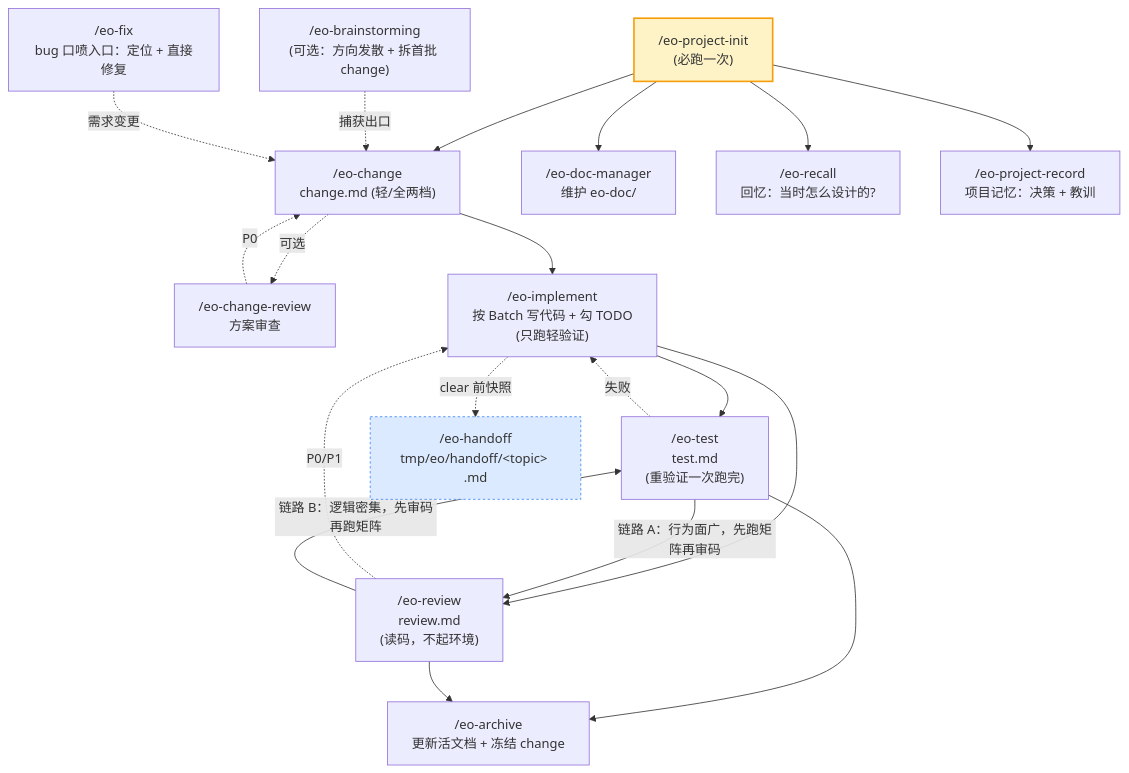
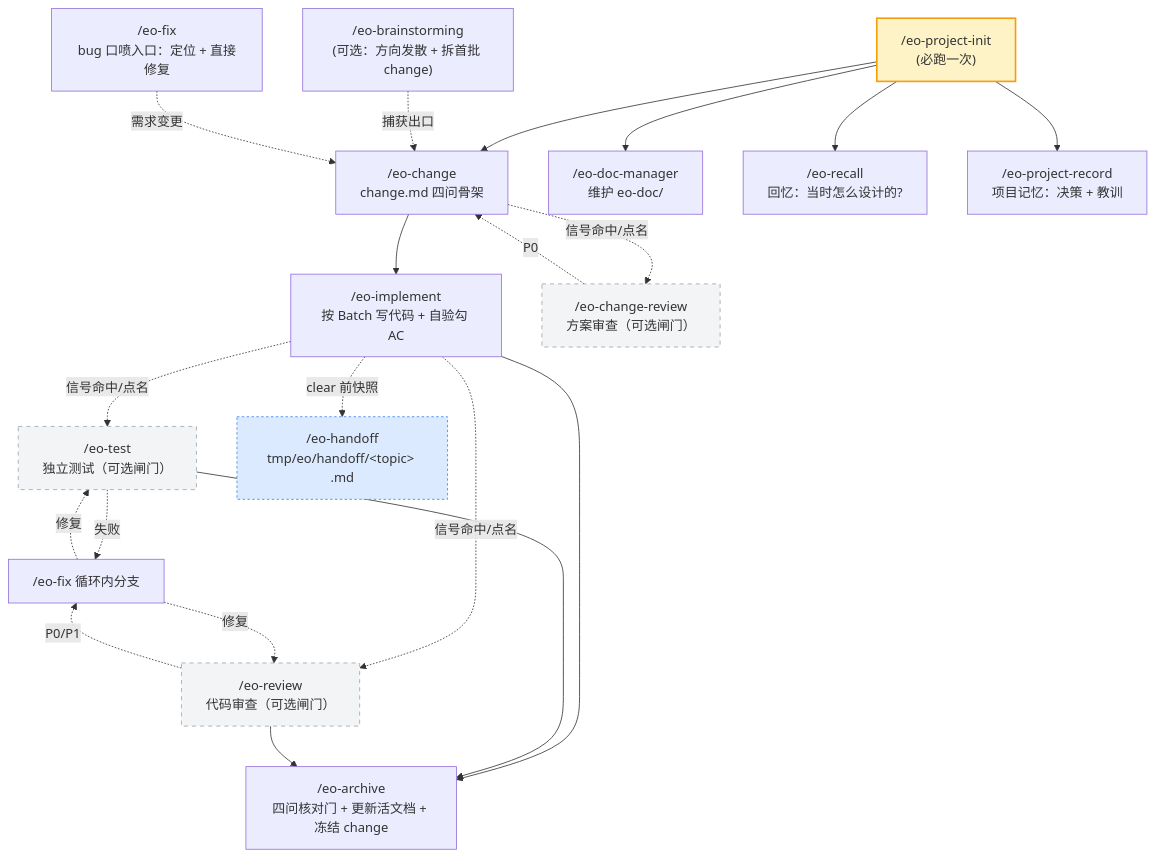
One commit to SimpleEve/eo-skills changed the diagram in README.md. Above: the diagram before and after it, drawn with Mermaid. The commit also changed other lines of this file and 21 other files, not shown here.

First line of the commit message:
v3 重构：默认信任三站主路（change→implement→archive）+ 风险信号触发可选闸门

````diff
--- a/README.md
+++ b/README.md
@@ -103,28 +103,29 @@
 ```mermaid
 flowchart TD
     Init["/eo-project-init<br/>(必跑一次)"]:::entry --> Change
-    Brain["/eo-brainstorming<br/>(可选：方向发散 + 拆首批 change)"] -.捕获出口.-> Change["/eo-change<br/>change.md (轻/全两档)"]
-    Change -.可选.-> CR["/eo-change-review<br/>方案审查"]
+    Brain["/eo-brainstorming<br/>(可选：方向发散 + 拆首批 change)"] -.捕获出口.-> Change["/eo-change<br/>change.md 四问骨架"]
+    Change --> Imp["/eo-implement<br/>按 Batch 写代码 + 自验勾 AC"]
+    Imp --> Arch["/eo-archive<br/>四问核对门 + 更新活文档 + 冻结 change"]
+
+    Change -.信号命中/点名.-> CR["/eo-change-review<br/>方案审查（可选闸门）"]:::gate
     CR -.P0.-> Change
-    Change --> Imp["/eo-implement<br/>按 Batch 写代码 + 勾 TODO<br/>(只跑轻验证)"]
-    Imp --> Test["/eo-test<br/>test.md<br/>(重验证一次跑完)"]
-    Imp --> Rev["/eo-review<br/>review.md<br/>(读码，不起环境)"]
-    Test -.失败.-> Imp
-    Rev -.P0/P1.-> Imp
-    Test -->|链路 A：行为面广，先跑矩阵再审码| Rev
-    Rev -->|链路 B：逻辑密集，先审码再跑矩阵| Test
-    Test --> Arch["/eo-archive<br/>更新活文档 + 冻结 change"]
+    Imp -.信号命中/点名.-> Test["/eo-test<br/>独立测试（可选闸门）"]:::gate
+    Imp -.信号命中/点名.-> Rev["/eo-review<br/>代码审查（可选闸门）"]:::gate
+    Test -.失败.-> Fix2["/eo-fix 循环内分支"] -.修复.-> Test
+    Rev -.P0/P1.-> Fix2 -.修复.-> Rev
+    Test --> Arch
     Rev --> Arch
 
     Fix["/eo-fix<br/>bug 口喷入口：定位 + 直接修复"] -.需求变更.-> Change
 
 
     Init --> Doc["/eo-doc-manager<br/>维护 eo-doc/"]
     Init --> Rec["/eo-recall<br/>回忆：当时怎么设计的?"]
     Init --> PRec["/eo-project-record<br/>项目记忆：决策 + 教训"]
 
     Imp -.clear 前快照.-> Hand["/eo-handoff<br/>tmp/eo/handoff/&lt;topic&gt; .md"]:::cross
 
     classDef entry fill:#fef3c7,stroke:#f59e0b,stroke-width:2px
     classDef cross fill:#dbeafe,stroke:#3b82f6,stroke-dasharray: 3 3
+    classDef gate fill:#f3f4f6,stroke:#9ca3af,stroke-dasharray: 5 5
 ```
````
